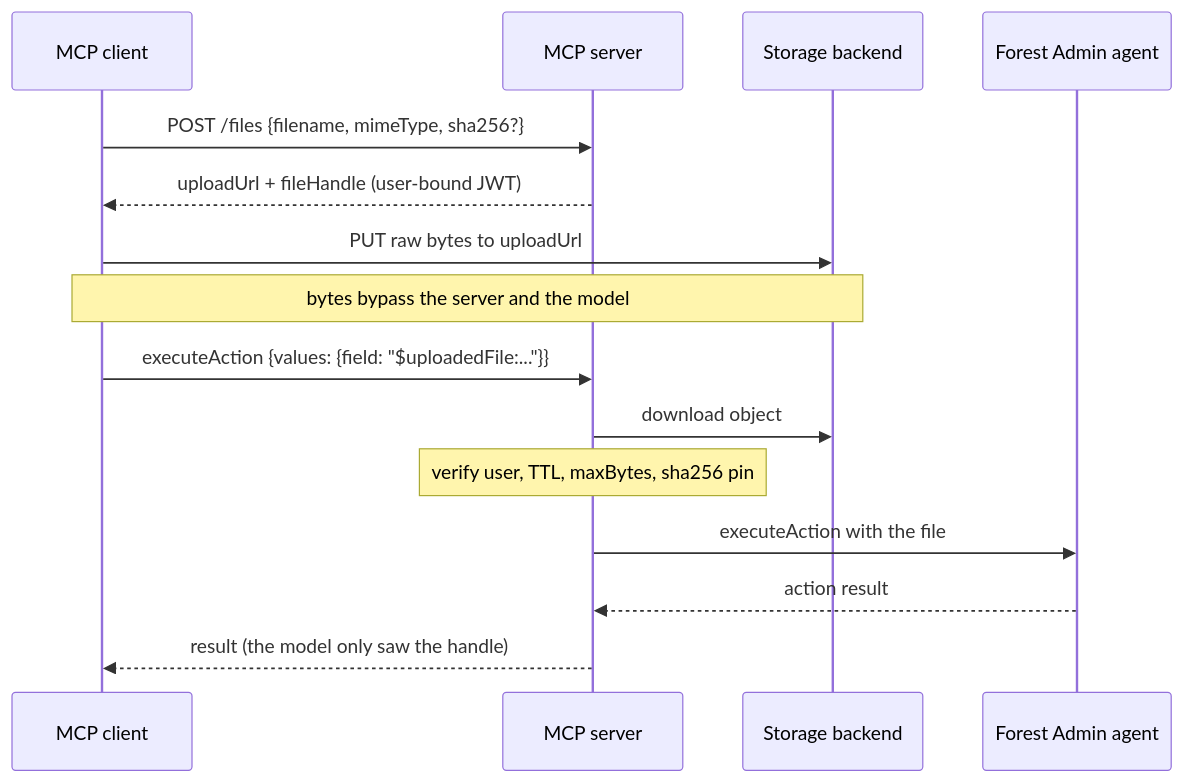
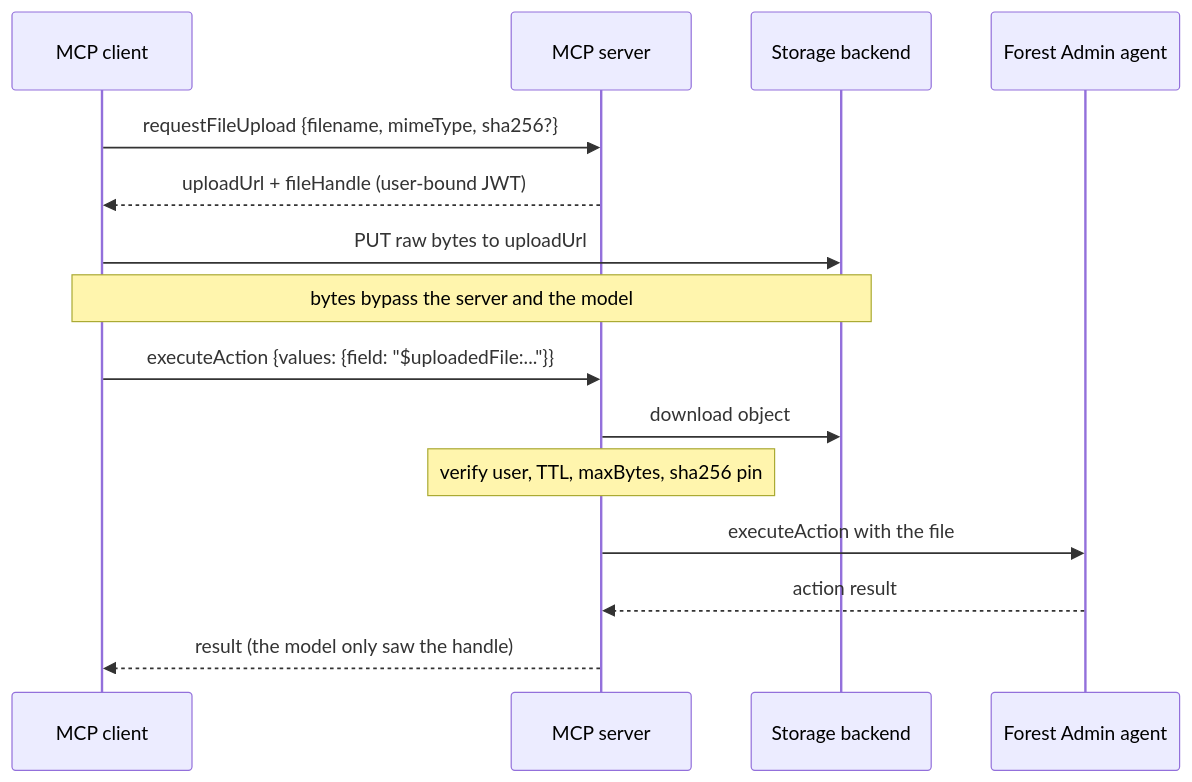
Before and after one commit to ForestAdmin/agent-nodejs: the diagram in packages/mcp-server/README.md, drawn with Mermaid. The commit also changed other lines of this file and 13 other files, not shown here.

First line of the commit message:
refactor(mcp-server): expose the upload destination as a tool

````diff
--- a/packages/mcp-server/README.md
+++ b/packages/mcp-server/README.md
@@ -185,18 +200,18 @@
 ```mermaid
 sequenceDiagram
     participant Client as MCP client
     participant Server as MCP server
     participant Storage as Storage backend
     participant Agent as Forest Admin agent
 
-    Client->>Server: POST /files {filename, mimeType, sha256?}
+    Client->>Server: requestFileUpload {filename, mimeType, sha256?}
     Server-->>Client: uploadUrl + fileHandle (user-bound JWT)
     Client->>Storage: PUT raw bytes to uploadUrl
     Note over Client,Storage: bytes bypass the server and the model
     Client->>Server: executeAction {values: {field: "$uploadedFile:..."}}
     Server->>Storage: download object
     Note over Server: verify user, TTL, maxBytes, sha256 pin
     Server->>Agent: executeAction with the file
     Agent-->>Server: action result
     Server-->>Client: result (the model only saw the handle)
 ```
````
